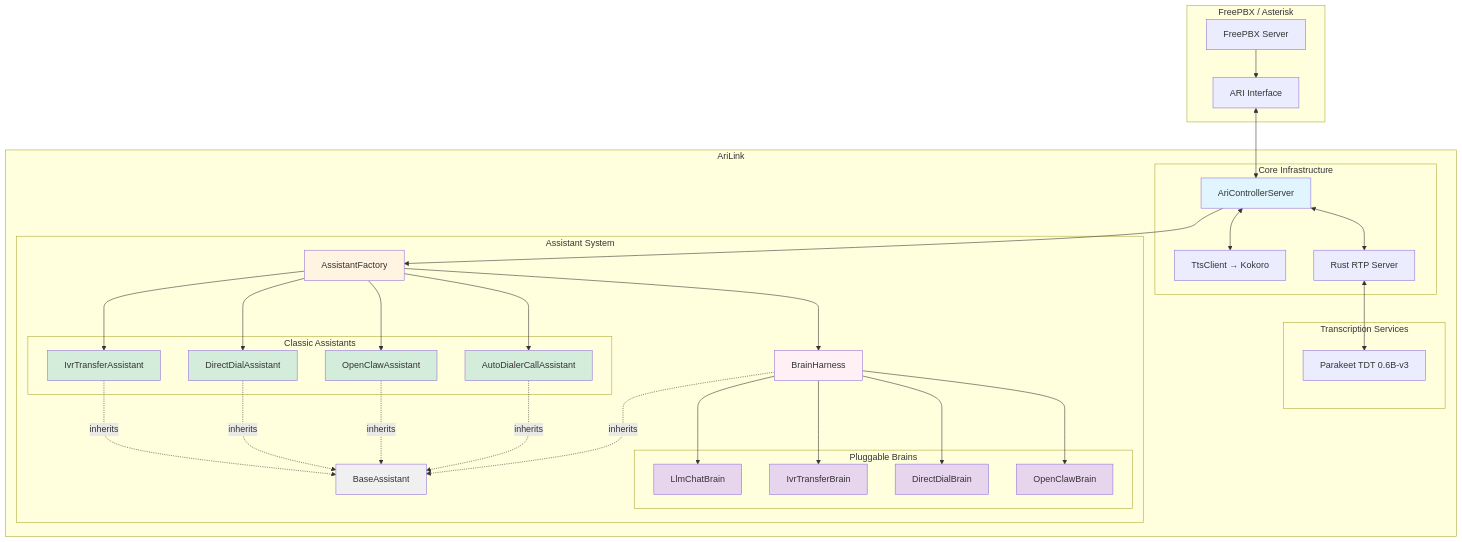
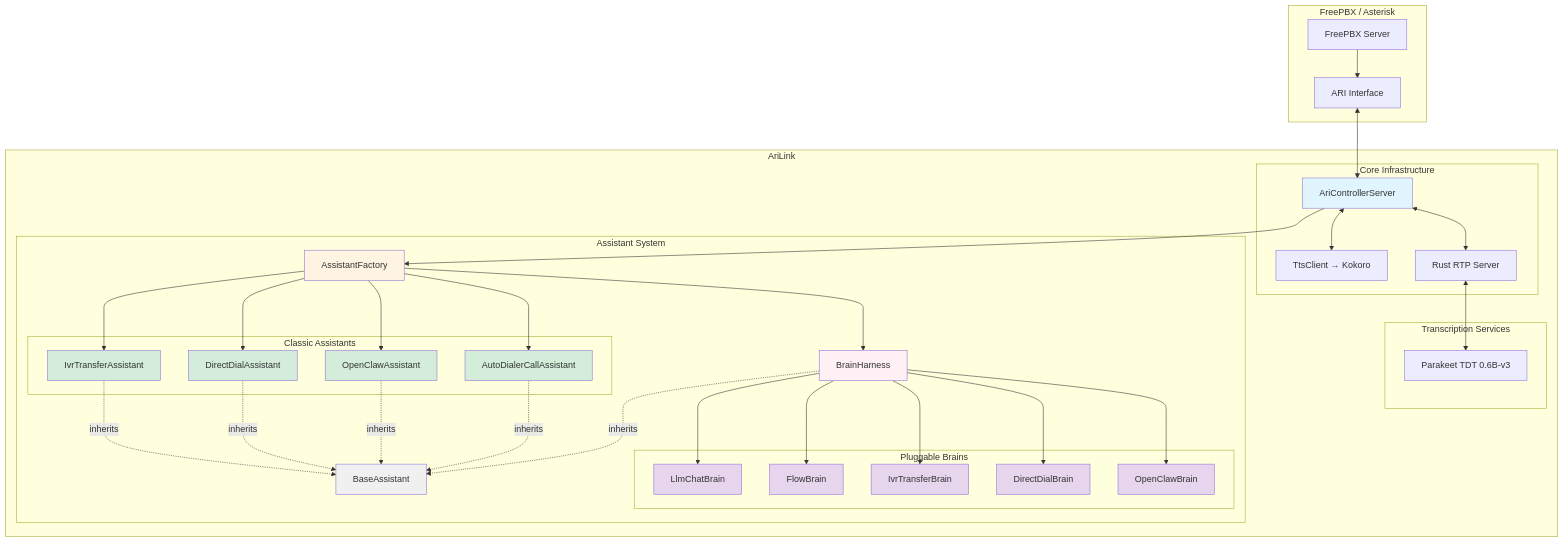
One commit to alexiokay/AriLink changed the first of 5 diagrams in docs/ASSISTANT-ARCHITECTURE.md. Above: the diagram before and after it, drawn with Mermaid. The commit also changed other lines of this file and 64 other files, not shown here.

First line of the commit message:
Add flow builder, prompt layers, brain-aware config, and LLM tool calling

````diff
--- a/docs/ASSISTANT-ARCHITECTURE.md
+++ b/docs/ASSISTANT-ARCHITECTURE.md
@@ -35,76 +35,79 @@
 ```mermaid
 graph TB
     subgraph "FreePBX / Asterisk"
         PBX[FreePBX Server]
         ARI[ARI Interface]
     end
 
     subgraph "AriLink"
         subgraph "Core Infrastructure"
             Controller[AriControllerServer]
             TTS[TtsClient → Kokoro]
             RustRTP[Rust RTP Server]
         end
 
         subgraph "Assistant System"
             Factory[AssistantFactory]
             Base[BaseAssistant]
             Harness[BrainHarness]
 
             subgraph "Classic Assistants"
                 IVR[IvrTransferAssistant]
                 DD[DirectDialAssistant]
                 OC[OpenClawAssistant]
                 AD[AutoDialerCallAssistant]
             end
 
             subgraph "Pluggable Brains"
                 LLMBrain[LlmChatBrain]
+                FlowBrainNode[FlowBrain]
                 IVRBrain[IvrTransferBrain]
                 DDBrain[DirectDialBrain]
                 OCBrain[OpenClawBrain]
             end
         end
 
         subgraph "Transcription Services"
             Parakeet[Parakeet TDT 0.6B-v3]
         end
     end
 
     PBX --> ARI
     ARI <--> Controller
     Controller --> Factory
     Factory --> IVR
     Factory --> DD
     Factory --> OC
     Factory --> AD
     Factory --> Harness
 
     IVR -.inherits.-> Base
     DD -.inherits.-> Base
     OC -.inherits.-> Base
     AD -.inherits.-> Base
     Harness -.inherits.-> Base
 
     Harness --> LLMBrain
+    Harness --> FlowBrainNode
     Harness --> IVRBrain
     Harness --> DDBrain
     Harness --> OCBrain
 
     Controller <--> TTS
     Controller <--> RustRTP
     RustRTP <--> Parakeet
 
     style Controller fill:#e1f5ff
     style Factory fill:#fff4e1
     style Base fill:#f0f0f0
     style Harness fill:#fff0f5
     style IVR fill:#d4edda
     style DD fill:#d4edda
     style OC fill:#d4edda
     style AD fill:#d4edda
     style LLMBrain fill:#e7d4ed
     style IVRBrain fill:#e7d4ed
     style DDBrain fill:#e7d4ed
+    style FlowBrainNode fill:#e7d4ed
     style OCBrain fill:#e7d4ed
 ```
````
